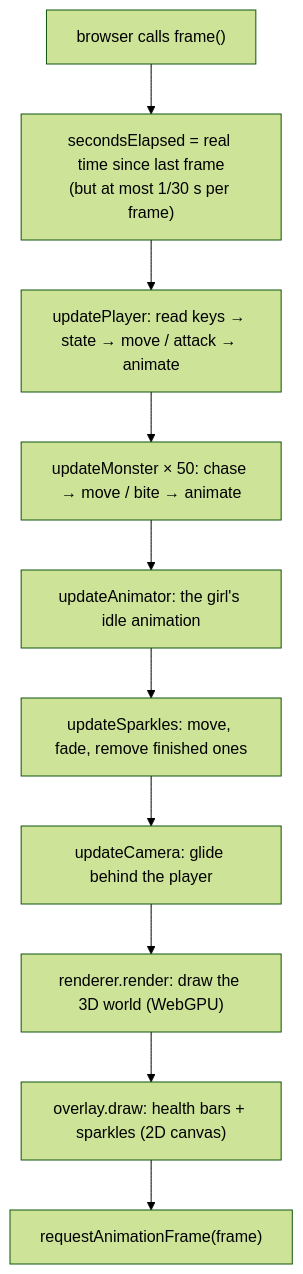
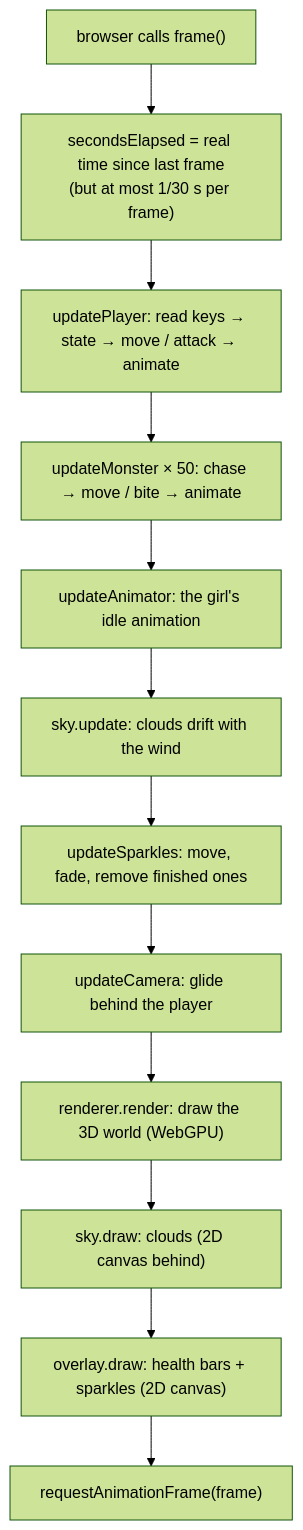
Before and after one commit to rockie-yang/Quick_3D_RPG: the first of 2 diagrams in docs/03-architecture.md, drawn with Mermaid (forest theme). The commit also changed other lines of this file and 20 other files, not shown here.

````diff
--- a/docs/03-architecture.md
+++ b/docs/03-architecture.md
@@ -88,12 +88,14 @@
 ```mermaid
 flowchart TD
     Start["browser calls frame()"] --> Time["secondsElapsed = real time since last frame<br/>(but at most 1/30 s per frame)"]
     Time --> Player["updatePlayer: read keys → state → move / attack → animate"]
     Player --> Monsters["updateMonster × 50: chase → move / bite → animate"]
     Monsters --> Girl["updateAnimator: the girl's idle animation"]
-    Girl --> Sparkles["updateSparkles: move, fade, remove finished ones"]
+    Girl --> Clouds["sky.update: clouds drift with the wind"]
+    Clouds --> Sparkles["updateSparkles: move, fade, remove finished ones"]
     Sparkles --> Camera["updateCamera: glide behind the player"]
     Camera --> Render["renderer.render: draw the 3D world (WebGPU)"]
-    Render --> Overlay["overlay.draw: health bars + sparkles (2D canvas)"]
+    Render --> SkyDraw["sky.draw: clouds (2D canvas behind)"]
+    SkyDraw --> Overlay["overlay.draw: health bars + sparkles (2D canvas)"]
     Overlay --> Next["requestAnimationFrame(frame)"]
 ```
````
